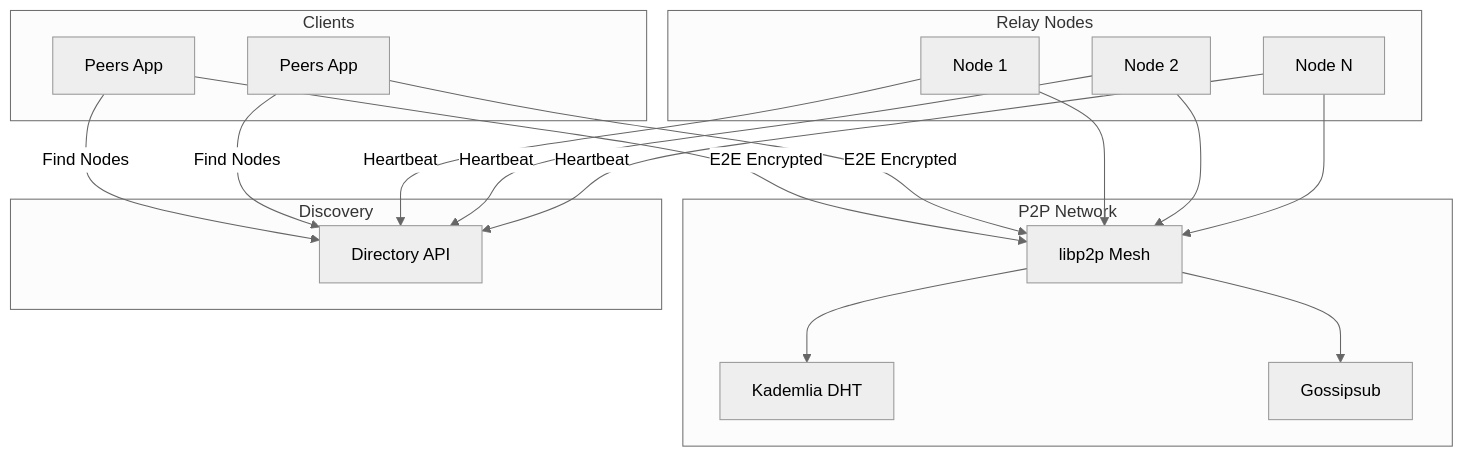
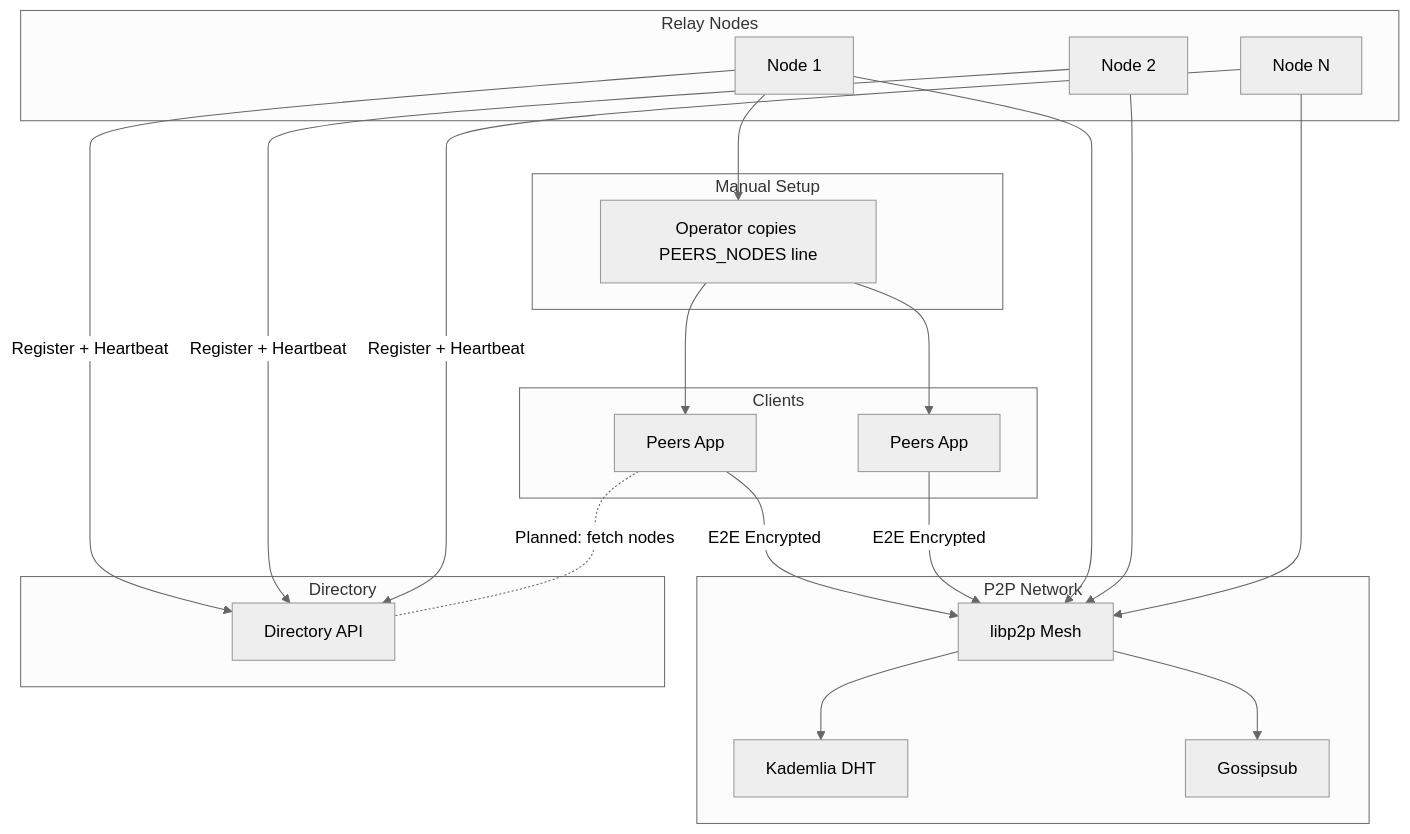
The diagram in content/docs/index.mdx (PeersTech/docs), drawn with Mermaid (neutral theme) before and after one commit. The commit also changed other lines of this file and 6 other files, not shown here.

First line of the commit message:
Match docs to Peers architecture

````diff
--- a/content/docs/index.mdx
+++ b/content/docs/index.mdx
@@ -35,37 +35,44 @@
 ```mermaid
 graph TB
     subgraph Clients
         A[Peers App]
         B[Peers App]
     end
-    
+
     subgraph P2P Network
         C[libp2p Mesh]
         D[Kademlia DHT]
         E[Gossipsub]
     end
-    
+
     subgraph Relay Nodes
         F[Node 1]
         G[Node 2]
         H[Node N]
     end
-    
+
     A -->|E2E Encrypted| C
     B -->|E2E Encrypted| C
     C --> D
     C --> E
     F --> C
     G --> C
     H --> C
-    
-    subgraph Discovery
+
+    subgraph Manual Setup
+        O[Operator copies PEERS_NODES line]
+    end
+
+    F --> O
+    O --> A
+    O --> B
+
+    subgraph Directory
         I[Directory API]
     end
-    
-    A -->|Find Nodes| I
-    B -->|Find Nodes| I
-    F -->|Heartbeat| I
-    G -->|Heartbeat| I
-    H -->|Heartbeat| I
+
+    F -->|Register + Heartbeat| I
+    G -->|Register + Heartbeat| I
+    H -->|Register + Heartbeat| I
+    A -.-|Planned: fetch nodes| I
 ```
````
